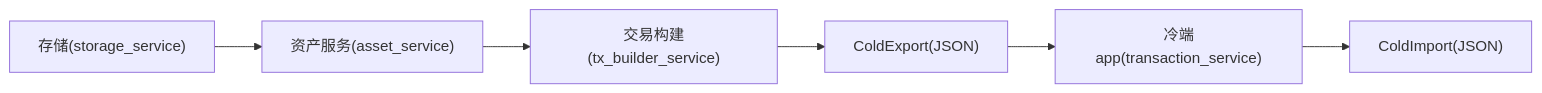
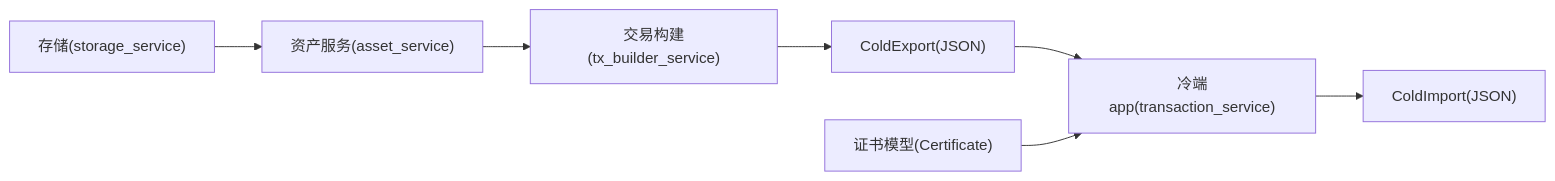
Before and after one commit to EqualToEthan/stasis: the fifth of 5 diagrams in .qoder/repowiki/zh/content/API参考/数据交换格式.md, drawn with Mermaid. The commit also changed other lines of this file and 40 other files, not shown here.

````diff
--- a/.qoder/repowiki/zh/content/API参考/数据交换格式.md
+++ b/.qoder/repowiki/zh/content/API参考/数据交换格式.md
@@ -230,8 +286,9 @@
 ```mermaid
 graph LR
 W_ASSET["资产服务(asset_service)"] --> W_TXB["交易构建(tx_builder_service)"]
 W_STORAGE["存储(storage_service)"] --> W_ASSET
 W_TXB --> W_EXPORT["ColdExport(JSON)"]
 W_EXPORT --> A_APP["冷端app(transaction_service)"]
 A_APP --> A_IMPORT["ColdImport(JSON)"]
+A_CERT["证书模型(Certificate)"] --> A_APP
 ```
````
